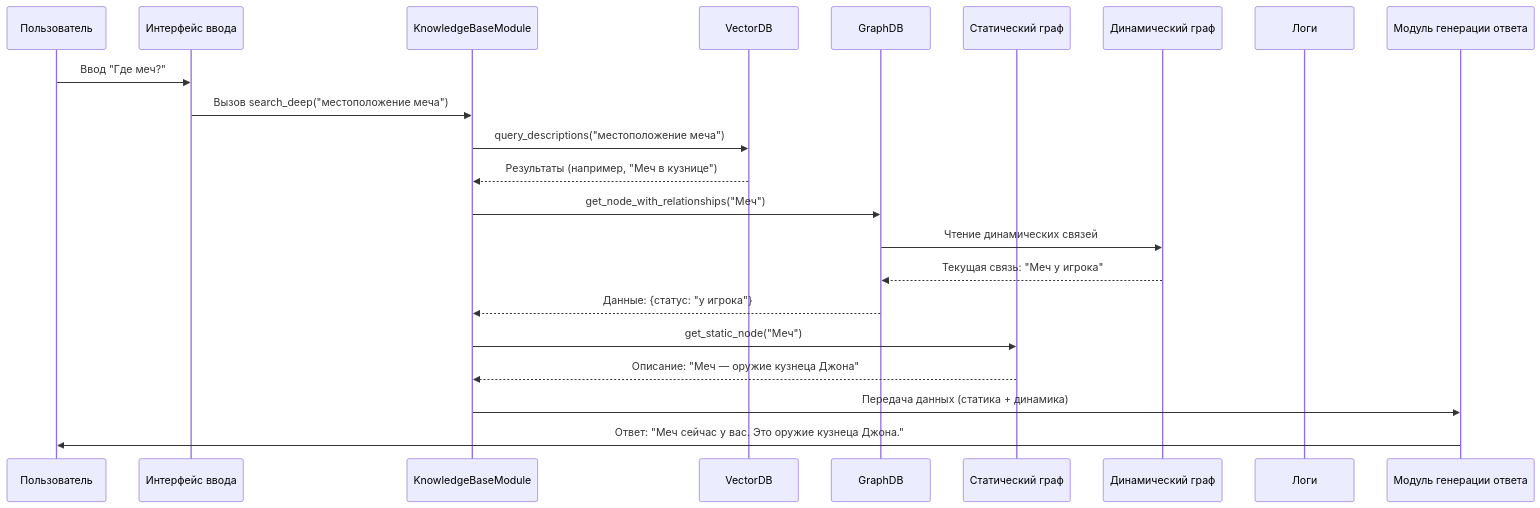
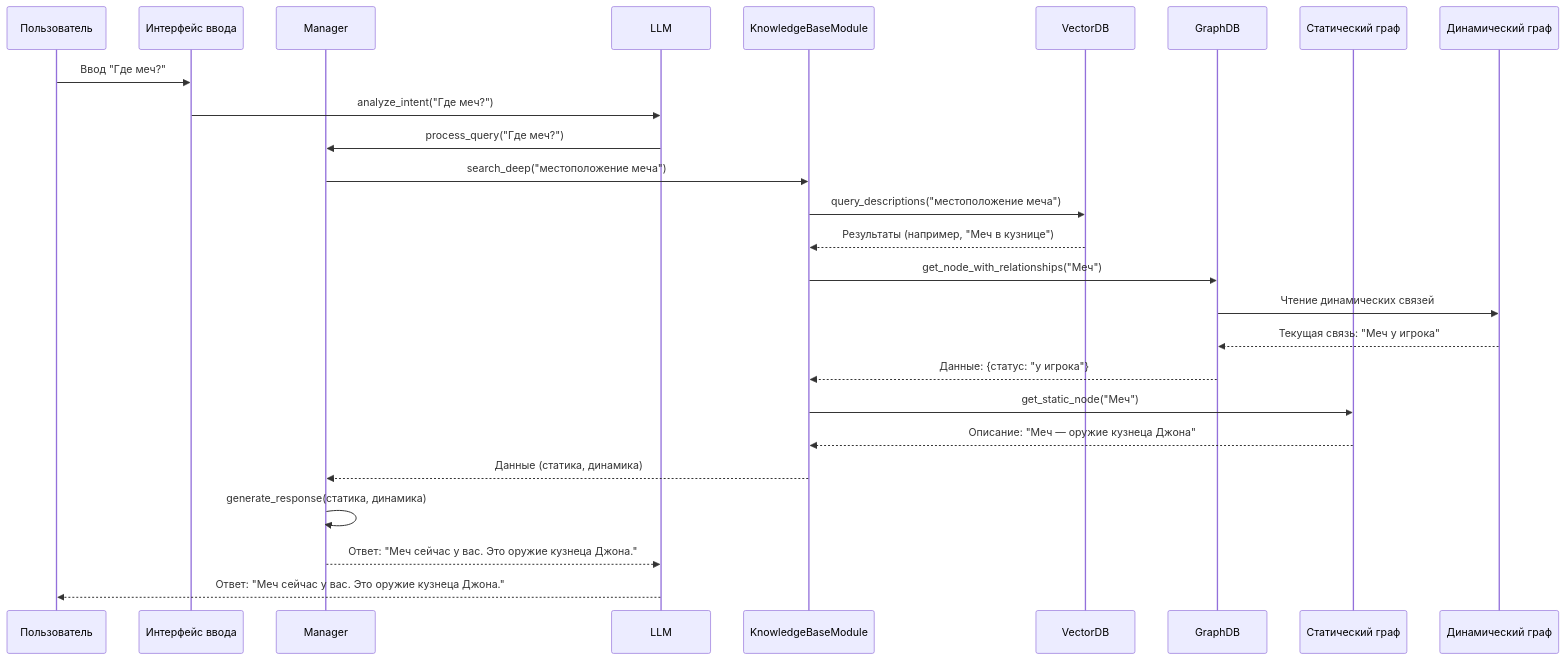
The fourth of 4 diagrams in docs/update_diagrams.md (Bataevk/QuipQuill), drawn with Mermaid before and after one commit. The commit also changed other lines of this file, not shown here.

````diff
--- a/docs/update_diagrams.md
+++ b/docs/update_diagrams.md
@@ -95,24 +102,28 @@
 ```mermaid
 sequenceDiagram
     participant U as Пользователь
     participant I as Интерфейс ввода
+    participant M as Manager
+    participant L as LLM
     participant K as KnowledgeBaseModule
     participant V as VectorDB
     participant G as GraphDB
     participant S as Статический граф
     participant D as Динамический граф
-    participant L as Логи
-    participant R as Модуль генерации ответа
     U->>I: Ввод "Где меч?"
-    I->>K: Вызов search_deep("местоположение меча")
+    I->>L: analyze_intent("Где меч?")
+    L->>M: process_query("Где меч?")
+    M->>K: search_deep("местоположение меча")
     K->>V: query_descriptions("местоположение меча")
     V-->>K: Результаты (например, "Меч в кузнице")
     K->>G: get_node_with_relationships("Меч")
     G->>D: Чтение динамических связей
     D-->>G: Текущая связь: "Меч у игрока"
     G-->>K: Данные: {статус: "у игрока"}
     K->>S: get_static_node("Меч") 
     S-->>K: Описание: "Меч — оружие кузнеца Джона"
-    K->>R: Передача данных (статика + динамика)
-    R->>U: Ответ: "Меч сейчас у вас. Это оружие кузнеца Джона."
+    K-->>M: Данные (статика, динамика)
+    M->>M: generate_response(статика, динамика)
+    M-->>L: Ответ: "Меч сейчас у вас. Это оружие кузнеца Джона."
+    L-->>U: Ответ: "Меч сейчас у вас. Это оружие кузнеца Джона."
 ```
````
